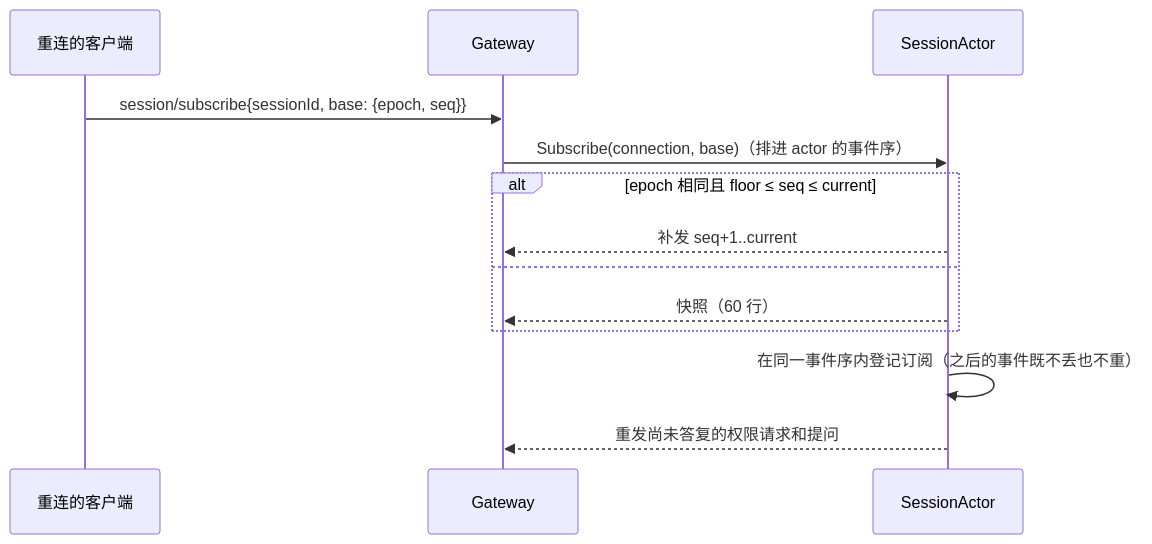
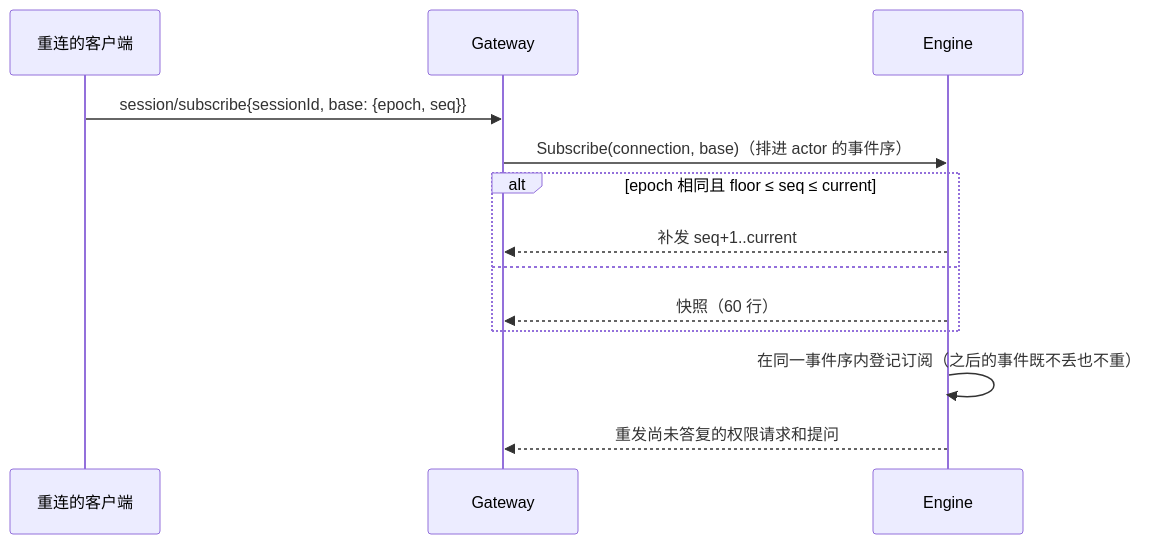
Before and after one commit to Madin-H23/ZCode-rs: the sixth of 10 diagrams in docs/specs/rust-unified-host.md, drawn with Mermaid. The commit also changed other lines of this file and 1 other file, not shown here.

First line of the commit message:
docs(rust): keep one Engine for all workspaces; add Codex engineering practices

````diff
--- a/docs/specs/rust-unified-host.md
+++ b/docs/specs/rust-unified-host.md
@@ -395,15 +396,15 @@
 ```mermaid
 sequenceDiagram
     participant C as 重连的客户端
     participant G as Gateway
-    participant S as SessionActor
+    participant S as Engine
     C->>G: session/subscribe{sessionId, base: {epoch, seq}}
     G->>S: Subscribe(connection, base)（排进 actor 的事件序）
     alt epoch 相同且 floor ≤ seq ≤ current
         S-->>G: 补发 seq+1..current
     else
         S-->>G: 快照（60 行）
     end
     S->>S: 在同一事件序内登记订阅（之后的事件既不丢也不重）
     S-->>G: 重发尚未答复的权限请求和提问
 ```
````
